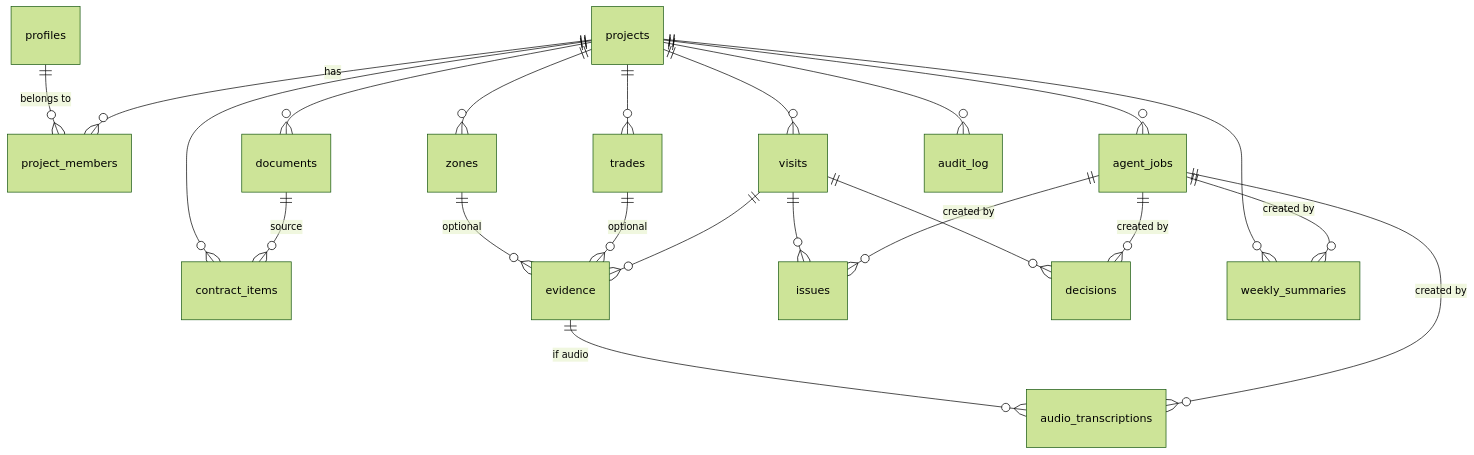
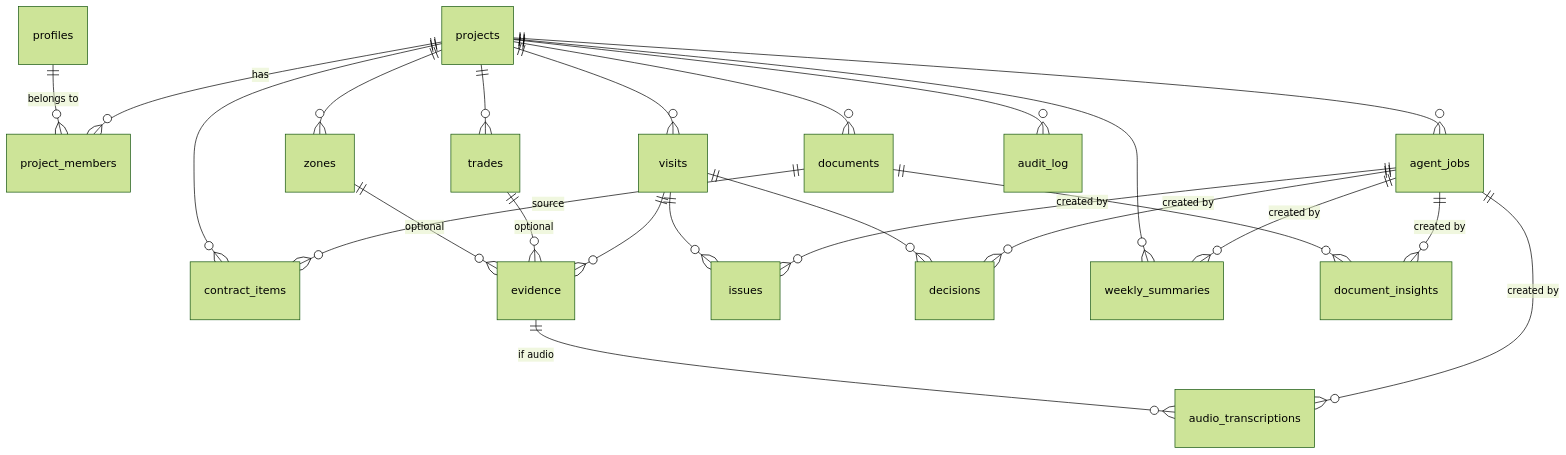
One commit to SergiAOVE/reforma-agent changed the diagram in docs/en/02-data-model.md. Above: the diagram before and after it, drawn with Mermaid (forest theme). The commit also changed other lines of this file and 19 other files, not shown here.

````diff
--- a/docs/en/02-data-model.md
+++ b/docs/en/02-data-model.md
@@ -50,24 +51,26 @@
 ```mermaid
 erDiagram
     profiles ||--o{ project_members : "belongs to"
     projects ||--o{ project_members : "has"
     projects ||--o{ zones : ""
     projects ||--o{ trades : ""
     projects ||--o{ visits : ""
     projects ||--o{ documents : ""
     projects ||--o{ contract_items : ""
     projects ||--o{ agent_jobs : ""
     projects ||--o{ audit_log : ""
     zones ||--o{ evidence : "optional"
     trades ||--o{ evidence : "optional"
     visits ||--o{ evidence : ""
     evidence ||--o{ audio_transcriptions : "if audio"
     visits ||--o{ issues : ""
     visits ||--o{ decisions : ""
     projects ||--o{ weekly_summaries : ""
+    documents ||--o{ document_insights : ""
     documents ||--o{ contract_items : "source"
     agent_jobs ||--o{ audio_transcriptions : "created by"
     agent_jobs ||--o{ issues : "created by"
     agent_jobs ||--o{ decisions : "created by"
     agent_jobs ||--o{ weekly_summaries : "created by"
+    agent_jobs ||--o{ document_insights : "created by"
 ```
````
